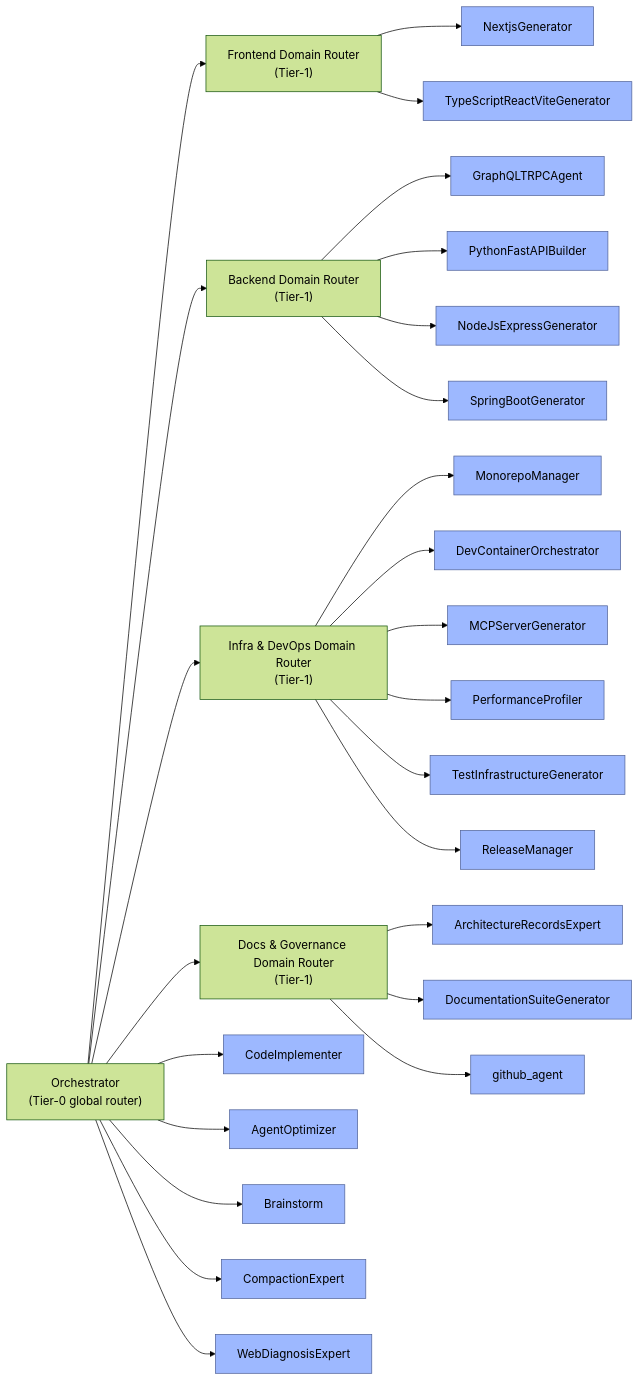
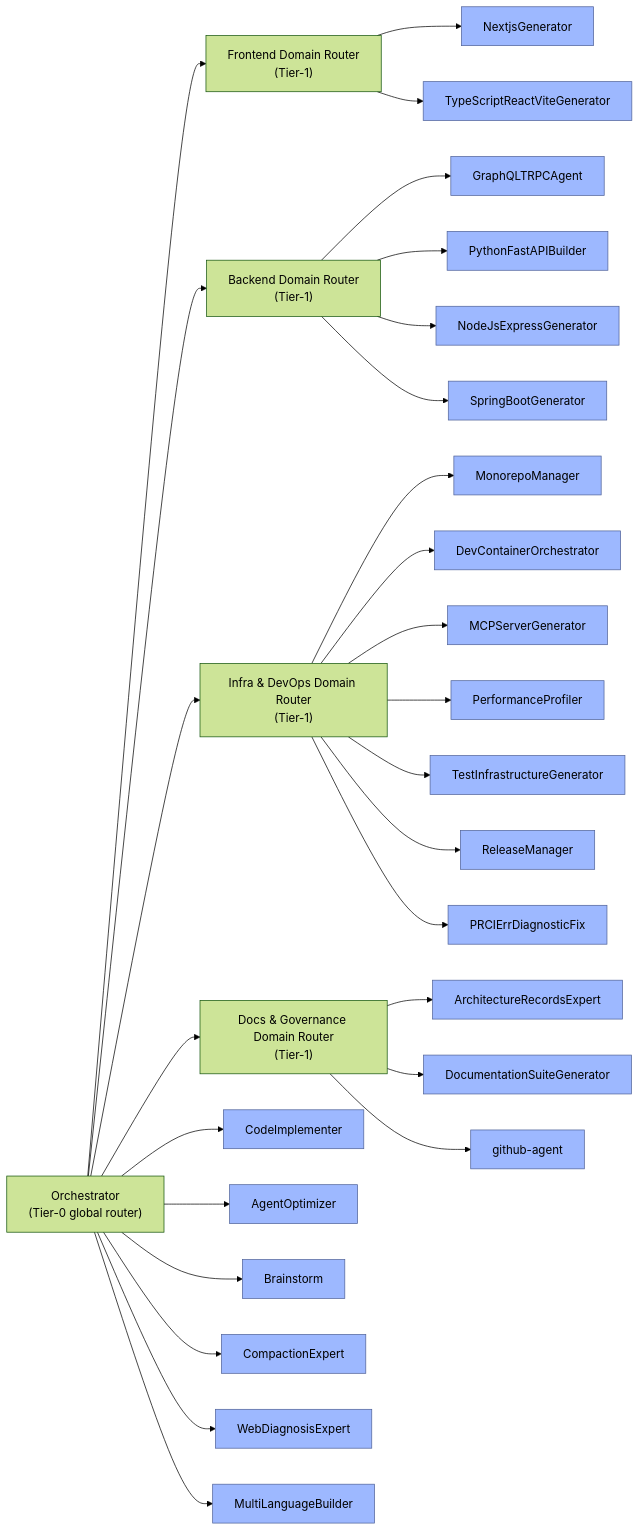
The diagram in README.md (UtopikPrompt/agents), drawn with Mermaid (forest theme) before and after one commit. The commit also changed other lines of this file and 7 other files, not shown here.

Commit message:
Refactor: standardize agent roster with camelCase names and consistent front matter; add PRCIErrDiagnosticFix leaf and roster validator

````diff
--- a/README.md
+++ b/README.md
@@ -19,39 +18,41 @@
 ```mermaid
 flowchart LR
     O["Orchestrator<br/>(Tier-0 global router)"]
     O --> FrontendRouter["Frontend Domain Router<br/>(Tier-1)"]
     O --> BackendRouter["Backend Domain Router<br/>(Tier-1)"]
     O --> InfraDevOpsRouter["Infra & DevOps Domain Router<br/>(Tier-1)"]
     O --> DocsGovRouter["Docs & Governance Domain Router<br/>(Tier-1)"]
     O --> CodeImplementer
     O --> AgentOptimizer
     O --> Brainstorm
     O --> CompactionExpert
     O --> WebDiagnosisExpert
+    O --> MultiLanguageBuilder
 
     FrontendRouter --> NextjsGenerator
     FrontendRouter --> TypeScriptReactViteGenerator
 
     BackendRouter --> GraphQLTRPCAgent
     BackendRouter --> PythonFastAPIBuilder
     BackendRouter --> NodeJsExpressGenerator
     BackendRouter --> SpringBootGenerator
 
     InfraDevOpsRouter --> MonorepoManager
     InfraDevOpsRouter --> DevContainerOrchestrator
     InfraDevOpsRouter --> MCPServerGenerator
     InfraDevOpsRouter --> PerformanceProfiler
     InfraDevOpsRouter --> TestInfrastructureGenerator
     InfraDevOpsRouter --> ReleaseManager
+    InfraDevOpsRouter --> PRCIErrDiagnosticFix
 
     DocsGovRouter --> ArchitectureRecordsExpert
     DocsGovRouter --> DocumentationSuiteGenerator
-    DocsGovRouter --> github_agent
+    DocsGovRouter --> github-agent
 
     classDef hub fill:#3b3f7d,stroke:#e0e0e0,color:#fff;
     classDef router fill:#6f9e6f,stroke:#516399,color:#000;
     classDef leaf fill:#9db8ff,stroke:#516399,color:#000;
     class O,FrontendRouter,BackendRouter,InfraDevOpsRouter,DocsGovRouter hub,router;
-    class CodeImplementer,AgentOptimizer,Brainstorm,CompactionExpert,WebDiagnosisExpert,NextjsGenerator,TypeScriptReactViteGenerator,GraphQLTRPCAgent,PythonFastAPIBuilder,NodeJsExpressGenerator,SpringBootGenerator,MonorepoManager,DevContainerOrchestrator,MCPServerGenerator,PerformanceProfiler,TestInfrastructureGenerator,ReleaseManager,ArchitectureRecordsExpert,DocumentationSuiteGenerator,github_agent leaf;
+    class CodeImplementer,AgentOptimizer,Brainstorm,CompactionExpert,WebDiagnosisExpert,NextjsGenerator,TypeScriptReactViteGenerator,GraphQLTRPCAgent,PythonFastAPIBuilder,NodeJsExpressGenerator,SpringBootGenerator,MonorepoManager,DevContainerOrchestrator,MCPServerGenerator,PerformanceProfiler,TestInfrastructureGenerator,ReleaseManager,ArchitectureRecordsExpert,DocumentationSuiteGenerator,github-agent,MultiLanguageBuilder,PRCIErrDiagnosticFix leaf;
 
 ```
````
